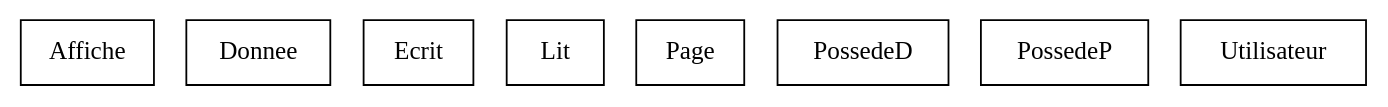
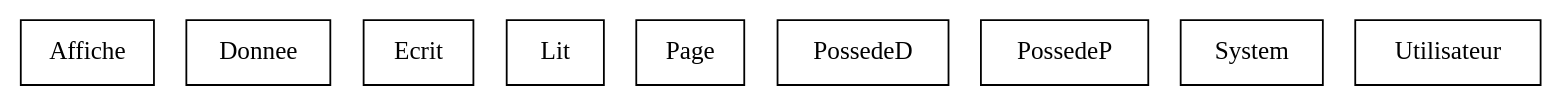
The diagram in bdp/reseau_social.dot (juliette39/reseau_social), drawn with Graphviz before and after one commit. The commit also changed 4 other files, not shown here.

```diff
--- a/bdp/reseau_social.dot
+++ b/bdp/reseau_social.dot
@@ -1,11 +1,12 @@
 digraph {
 Affiche [ label=" Affiche " shape= box ]
 Donnee [ label=" Donnee " shape= box ]
 Ecrit [ label=" Ecrit " shape= box ]
 Lit [ label=" Lit " shape= box ]
 Page [ label=" Page " shape= box ]
 PossedeD [ label=" PossedeD " shape= box ]
 PossedeP [ label=" PossedeP " shape= box ]
+System [ label=" System " shape= box ]
 Utilisateur [ label=" Utilisateur " shape= box ]
 
 }
```
